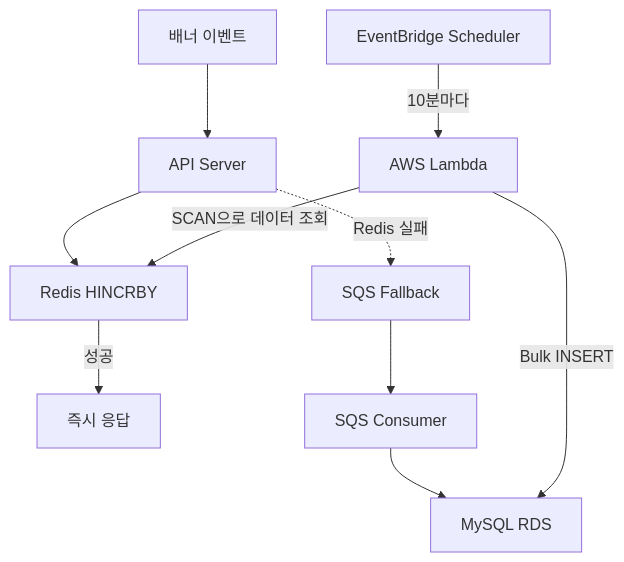
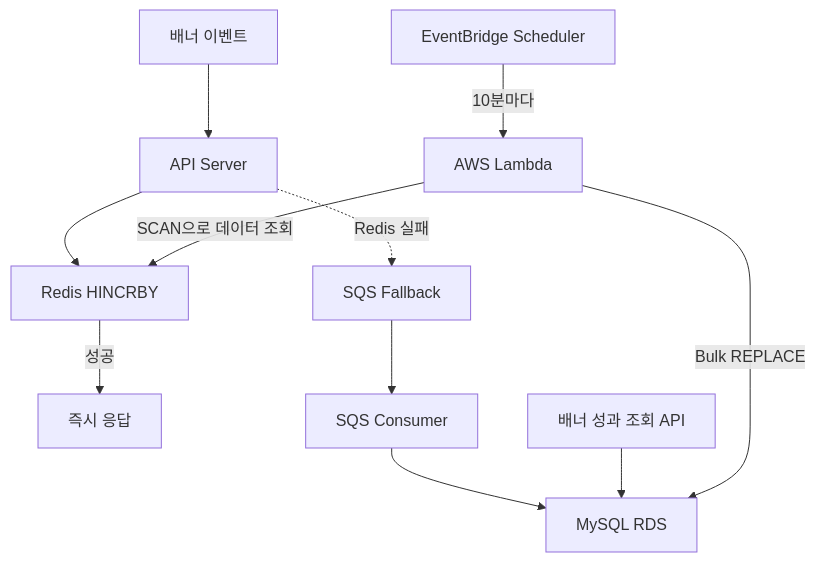
Before and after one commit to banggeunho/banggeunho: the diagram in portfolio/projects/redis-writeback-optimization/index.md, drawn with Mermaid. The commit also changed other lines of this file and 7 other files, not shown here.

````diff
--- a/portfolio/projects/redis-writeback-optimization/index.md
+++ b/portfolio/projects/redis-writeback-optimization/index.md
@@ -125,14 +128,15 @@
 ```mermaid
 graph TB
     A[배너 이벤트] --> B[API Server]
     B --> C[Redis HINCRBY]
     C -->|성공| D[즉시 응답]
 
     B -.Redis 실패.-> E[SQS Fallback]
     E --> F[SQS Consumer]
     F --> G[MySQL RDS]
+    J[배너 성과 조회 API] --> G
 
     H[EventBridge Scheduler] -->|10분마다| I[AWS Lambda]
     I -->|SCAN으로 데이터 조회| C
-    I -->|Bulk INSERT| G
+    I -->|Bulk REPLACE| G
 ```
````
